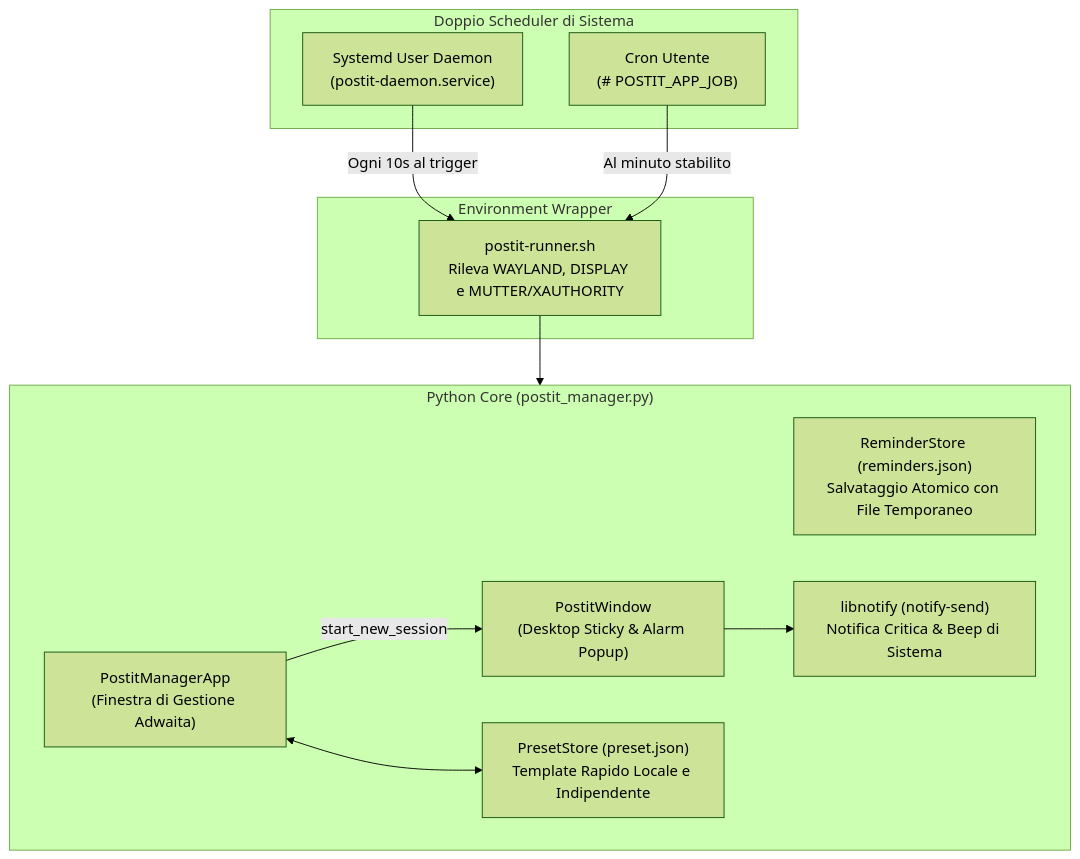
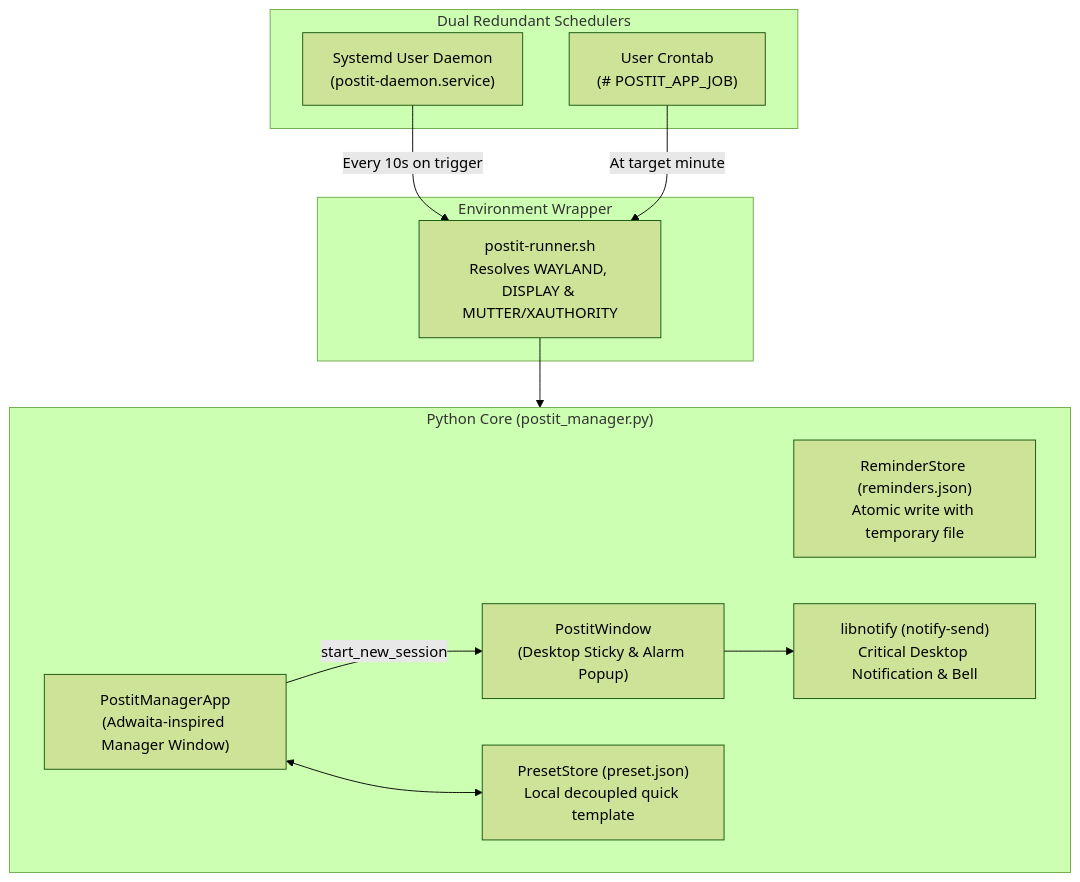
The diagram in README.md (oscar-pell/postit-reminders), drawn with Mermaid (forest theme) before and after one commit. The commit also changed other lines of this file and 1 other file, not shown here.

````diff
--- a/README.md
+++ b/README.md
@@ -78,26 +85,26 @@
 ```mermaid
 flowchart TD
-    subgraph Schedulers ["Doppio Scheduler di Sistema"]
+    subgraph Schedulers ["Dual Redundant Schedulers"]
         SD["Systemd User Daemon<br/>(postit-daemon.service)"]
-        CR["Cron Utente<br/>(# POSTIT_APP_JOB)"]
+        CR["User Crontab<br/>(# POSTIT_APP_JOB)"]
     end
 
     subgraph Wrapper ["Environment Wrapper"]
-        RN["postit-runner.sh<br/>Rileva WAYLAND, DISPLAY e MUTTER/XAUTHORITY"]
+        RN["postit-runner.sh<br/>Resolves WAYLAND, DISPLAY & MUTTER/XAUTHORITY"]
     end
 
     subgraph Core ["Python Core (postit_manager.py)"]
-        STORE["ReminderStore (reminders.json)<br/>Salvataggio Atomico con File Temporaneo"]
-        PSTORE["PresetStore (preset.json)<br/>Template Rapido Locale e Indipendente"]
-        GUI_MAIN["PostitManagerApp<br/>(Finestra di Gestione Adwaita)"]
+        STORE["ReminderStore (reminders.json)<br/>Atomic write with temporary file"]
+        PSTORE["PresetStore (preset.json)<br/>Local decoupled quick template"]
+        GUI_MAIN["PostitManagerApp<br/>(Adwaita-inspired Manager Window)"]
         GUI_NOTE["PostitWindow<br/>(Desktop Sticky & Alarm Popup)"]
-        NOTIF["libnotify (notify-send)<br/>Notifica Critica & Beep di Sistema"]
+        NOTIF["libnotify (notify-send)<br/>Critical Desktop Notification & Bell"]
     end
 
-    SD -->|Ogni 10s al trigger| RN
-    CR -->|Al minuto stabilito| RN
+    SD -->|Every 10s on trigger| RN
+    CR -->|At target minute| RN
     RN --> Core
     GUI_MAIN -->|start_new_session| GUI_NOTE
     GUI_MAIN <--> PSTORE
     GUI_NOTE --> NOTIF
 ```
````
